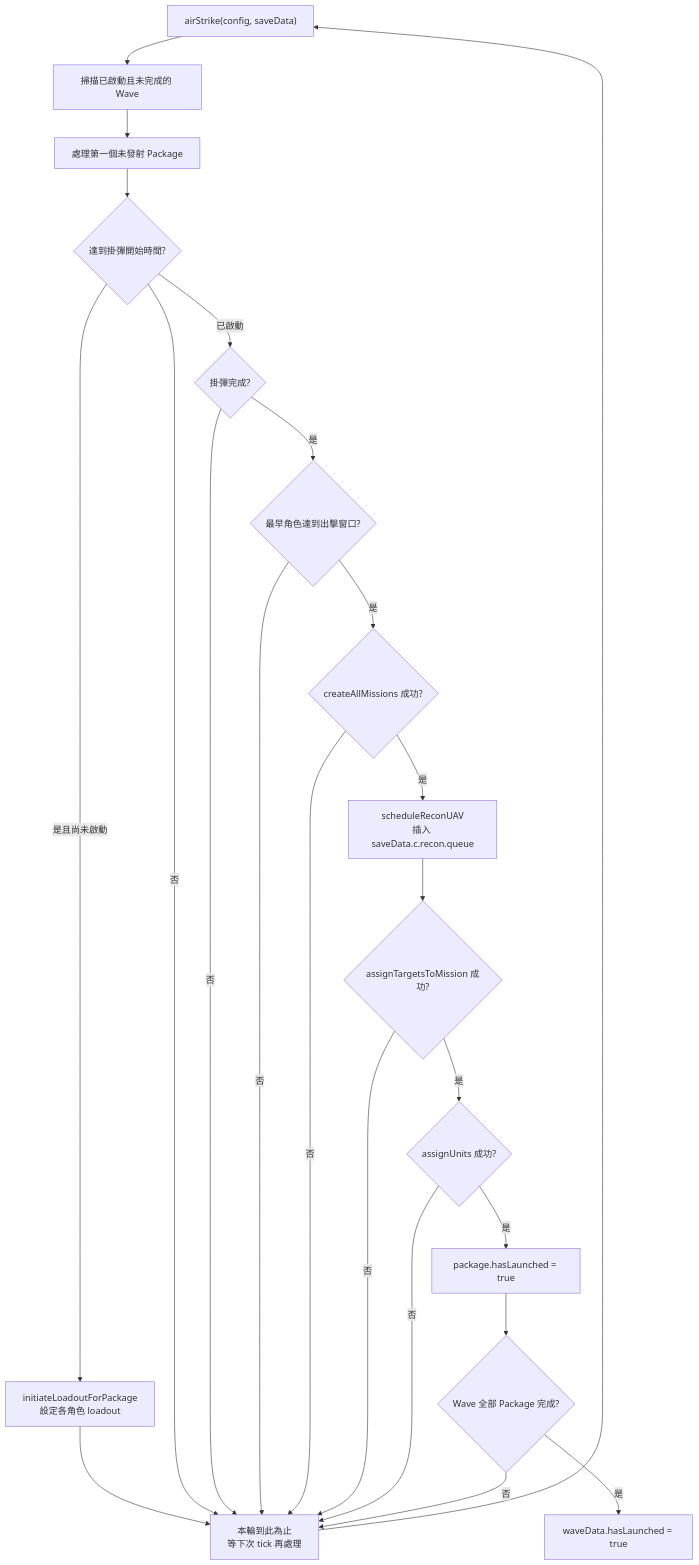
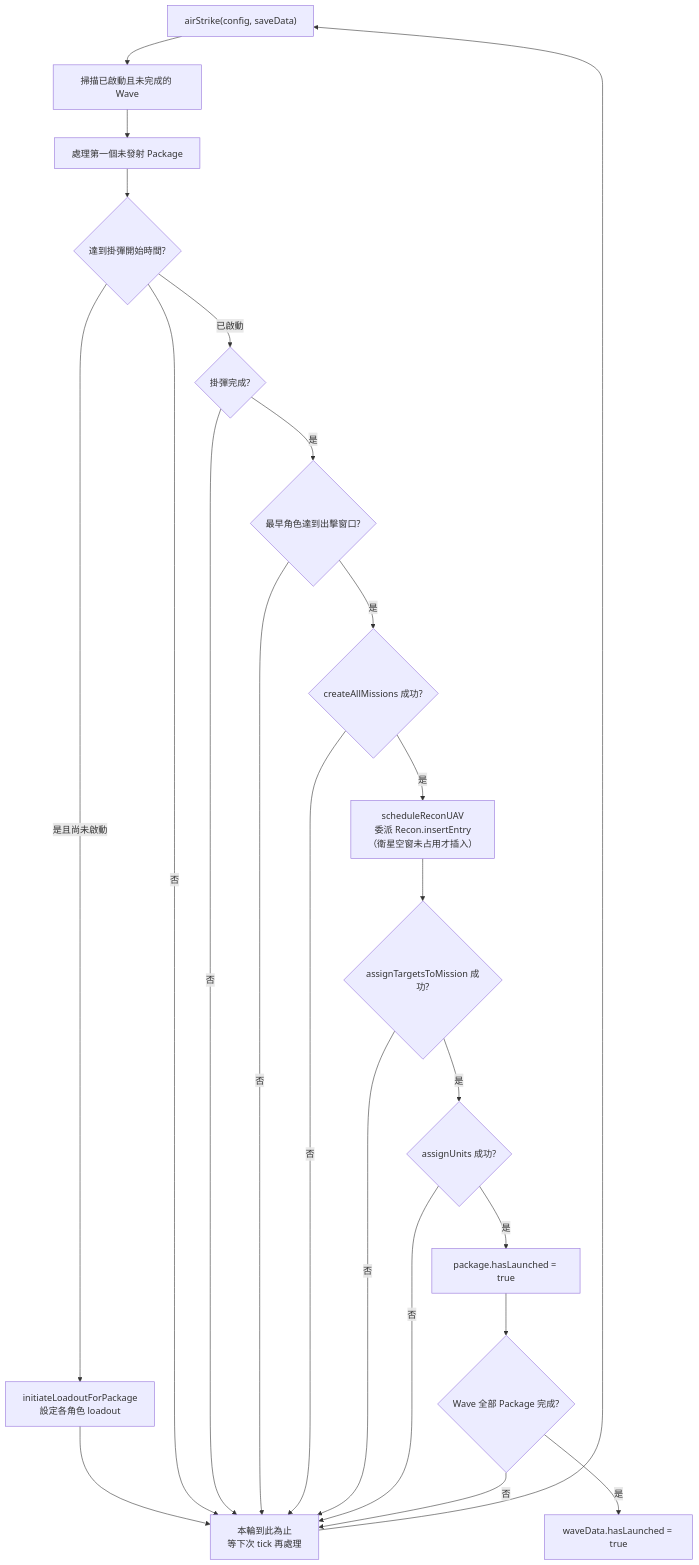
One commit to pullupjumper/formosa-in-flames changed the diagram in docs/strikePlanner/airTaskingOrder.md. Above: the diagram before and after it, drawn with Mermaid. The commit also changed other lines of this file and 11 other files, not shown here.

First line of the commit message:
refactor(strikePlanner): return inserted entry and accept startTime in Recon.insertEntry

````diff
--- a/docs/strikePlanner/airTaskingOrder.md
+++ b/docs/strikePlanner/airTaskingOrder.md
@@ -23,36 +23,36 @@
 ```mermaid
 flowchart TD
     START["airStrike(config, saveData)"]
     WAVE["掃描已啟動且未完成的 Wave"]
     PKG["處理第一個未發射 Package"]
     LOADOUT_TIME{"達到掛彈開始時間?"}
     INIT_LOADOUT["initiateLoadoutForPackage<br>設定各角色 loadout"]
     LOADOUT_READY{"掛彈完成?"}
     TAKEOFF_TIME{"最早角色達到出擊窗口?"}
     MISSIONS{"createAllMissions 成功?"}
-    RECON["scheduleReconUAV<br>插入 saveData.c.recon.queue"]
+    RECON["scheduleReconUAV<br>委派 Recon.insertEntry<br>（衛星空窗未占用才插入）"]
     TARGETS{"assignTargetsToMission 成功?"}
     UNITS{"assignUnits 成功?"}
     LAUNCHED["package.hasLaunched = true"]
     DONE{"Wave 全部 Package 完成?"}
     WAVE_DONE["waveData.hasLaunched = true"]
     WAIT["本輪到此為止<br>等下次 tick 再處理"]
 
     START --> WAVE --> PKG --> LOADOUT_TIME
     LOADOUT_TIME -->|是且尚未啟動| INIT_LOADOUT --> WAIT
     LOADOUT_TIME -->|已啟動| LOADOUT_READY
     LOADOUT_READY -->|是| TAKEOFF_TIME
     TAKEOFF_TIME -->|是| MISSIONS
     MISSIONS -->|是| RECON --> TARGETS
     TARGETS -->|是| UNITS
     UNITS -->|是| LAUNCHED --> DONE
     DONE -->|是| WAVE_DONE
     LOADOUT_TIME -->|否| WAIT
     LOADOUT_READY -->|否| WAIT
     TAKEOFF_TIME -->|否| WAIT
     MISSIONS -->|否| WAIT
     TARGETS -->|否| WAIT
     UNITS -->|否| WAIT
     DONE -->|否| WAIT
     WAIT --> START
 ```
````
